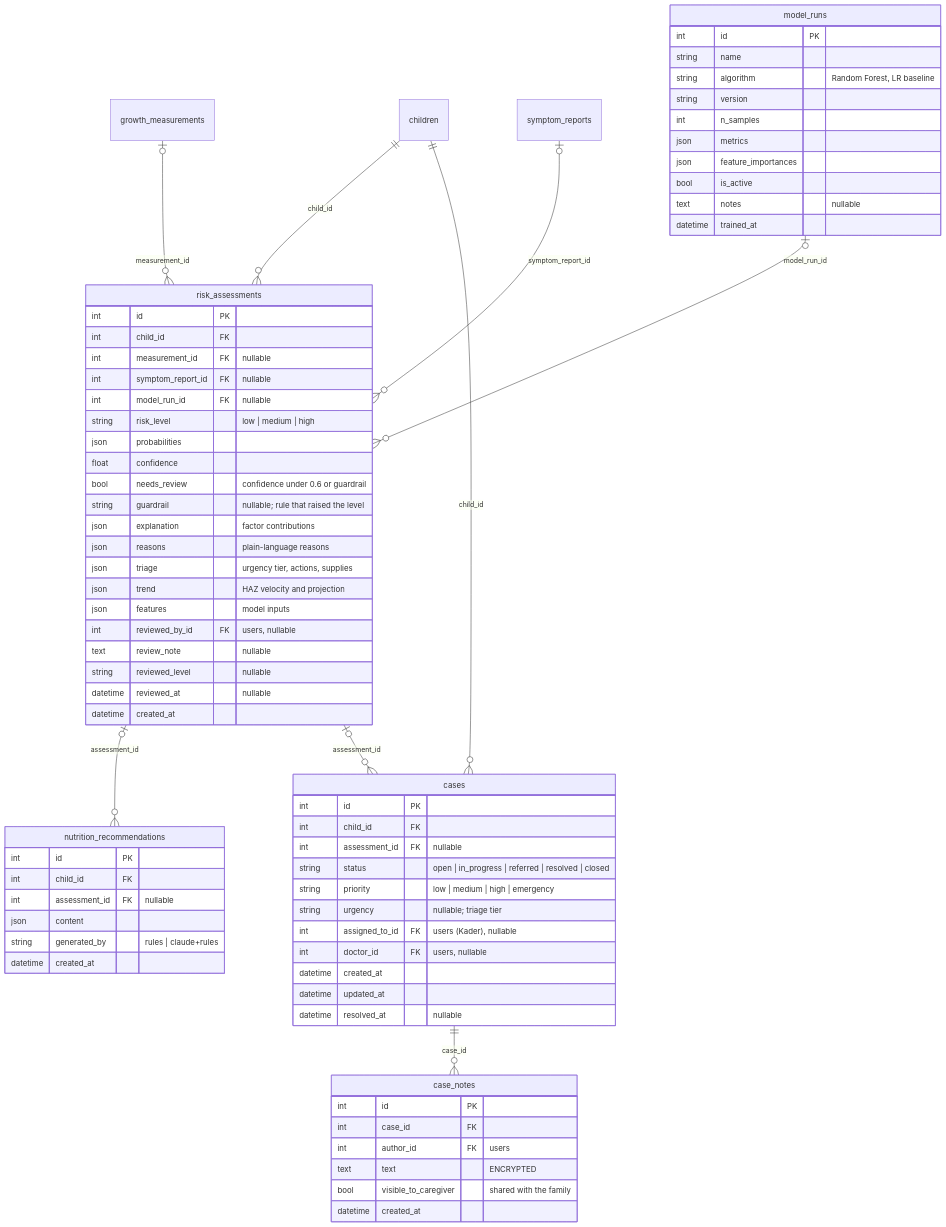
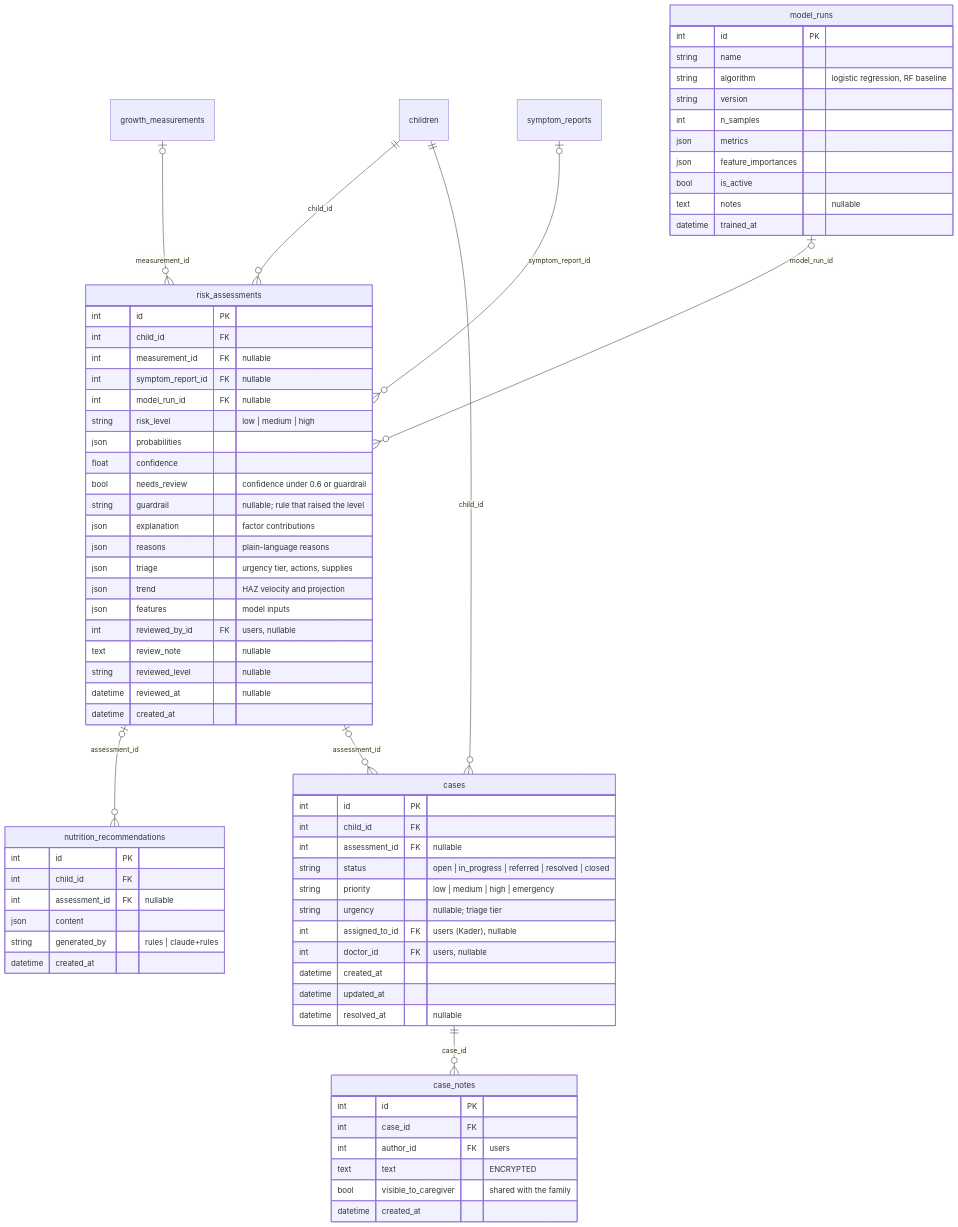
One commit to kkurniawan-blip/Nutrisense changed the third of 7 diagrams in docs/ERD.md. Above: the diagram before and after it, drawn with Mermaid. The commit also changed 5 other files, not shown here.

````diff
--- a/docs/ERD.md
+++ b/docs/ERD.md
@@ -200,74 +200,74 @@
 ```mermaid
 erDiagram
   children ||--o{ risk_assessments : "child_id"
   growth_measurements |o--o{ risk_assessments : "measurement_id"
   symptom_reports |o--o{ risk_assessments : "symptom_report_id"
   model_runs |o--o{ risk_assessments : "model_run_id"
   risk_assessments |o--o{ nutrition_recommendations : "assessment_id"
   risk_assessments |o--o{ cases : "assessment_id"
   children ||--o{ cases : "child_id"
   cases ||--o{ case_notes : "case_id"
   model_runs {
     int id PK
     string name
-    string algorithm "Random Forest, LR baseline"
+    string algorithm "logistic regression, RF baseline"
     string version
     int n_samples
     json metrics
     json feature_importances
     bool is_active
     text notes "nullable"
     datetime trained_at
   }
   risk_assessments {
     int id PK
     int child_id FK
     int measurement_id FK "nullable"
     int symptom_report_id FK "nullable"
     int model_run_id FK "nullable"
     string risk_level "low | medium | high"
     json probabilities
     float confidence
     bool needs_review "confidence under 0.6 or guardrail"
     string guardrail "nullable; rule that raised the level"
     json explanation "factor contributions"
     json reasons "plain-language reasons"
     json triage "urgency tier, actions, supplies"
     json trend "HAZ velocity and projection"
     json features "model inputs"
     int reviewed_by_id FK "users, nullable"
     text review_note "nullable"
     string reviewed_level "nullable"
     datetime reviewed_at "nullable"
     datetime created_at
   }
   nutrition_recommendations {
     int id PK
     int child_id FK
     int assessment_id FK "nullable"
     json content
     string generated_by "rules | claude+rules"
     datetime created_at
   }
   cases {
     int id PK
     int child_id FK
     int assessment_id FK "nullable"
     string status "open | in_progress | referred | resolved | closed"
     string priority "low | medium | high | emergency"
     string urgency "nullable; triage tier"
     int assigned_to_id FK "users (Kader), nullable"
     int doctor_id FK "users, nullable"
     datetime created_at
     datetime updated_at
     datetime resolved_at "nullable"
   }
   case_notes {
     int id PK
     int case_id FK
     int author_id FK "users"
     text text "ENCRYPTED"
     bool visible_to_caregiver "shared with the family"
     datetime created_at
   }
 ```
````
